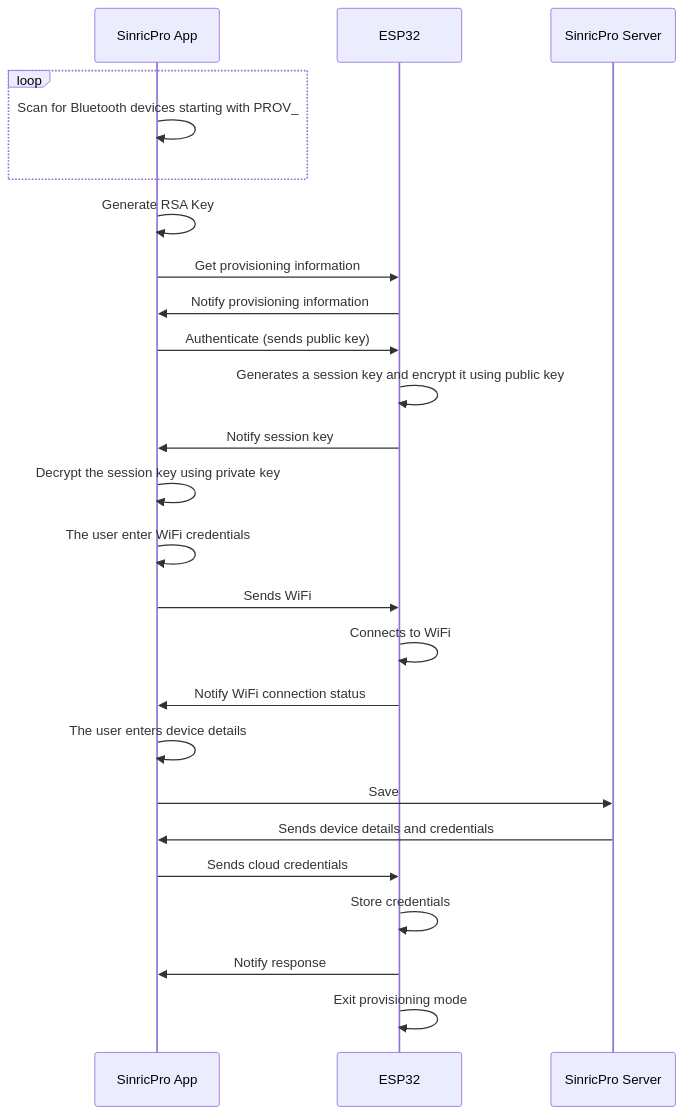
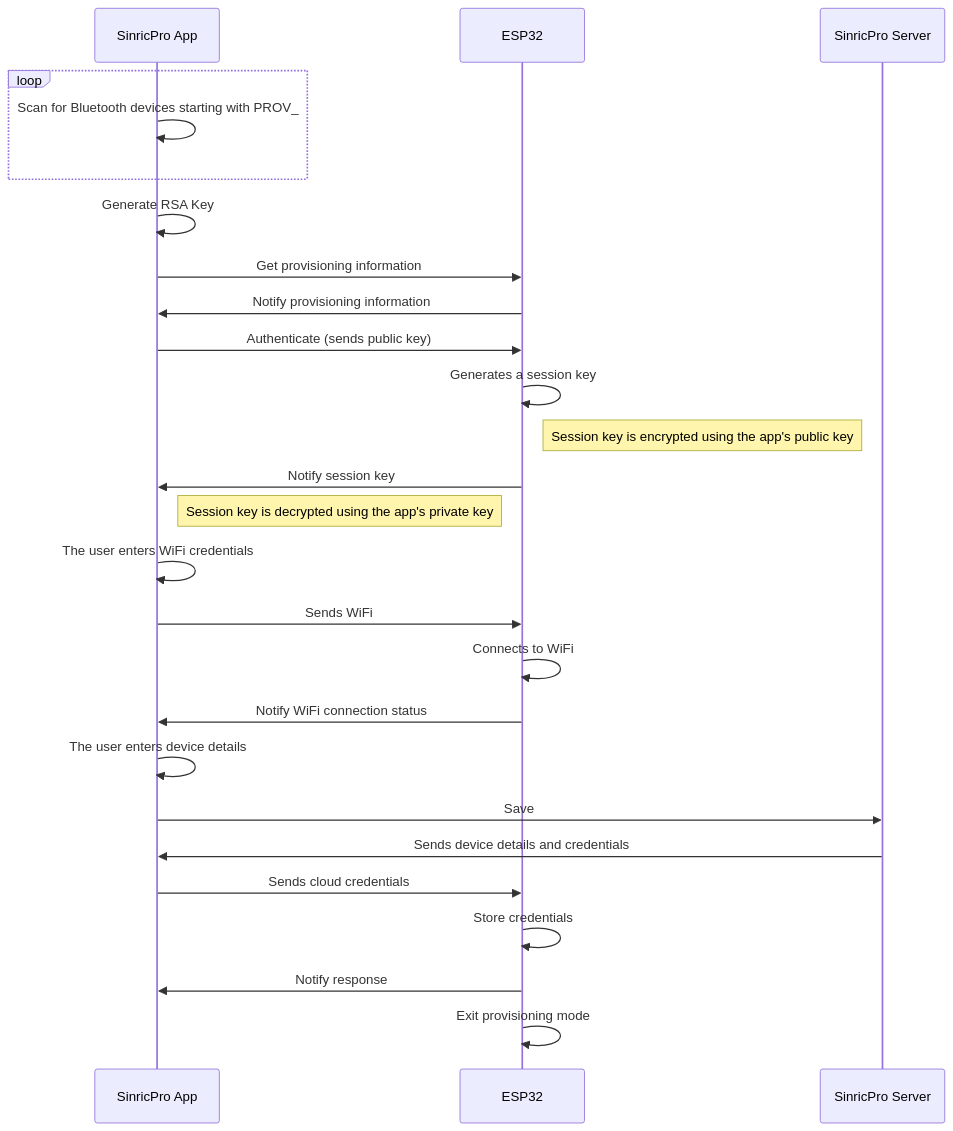
The diagram in README.md (sinricpro/esp32-business-sdk), drawn with Mermaid before and after one commit.

````diff
--- a/README.md
+++ b/README.md
@@ -3,27 +3,28 @@
 ```mermaid
 sequenceDiagram
   participant srpa as SinricPro App
   participant esp32 as ESP32
   participant srps as SinricPro Server
   loop
     srpa->>srpa: Scan for Bluetooth devices starting with PROV_
   end 
   srpa->>srpa: Generate RSA Key   
   srpa->>esp32: Get provisioning information
   esp32->>srpa: Notify provisioning information
   srpa->>esp32: Authenticate (sends public key)
-  esp32->>esp32: Generates a session key and encrypt it using public key
+  esp32->>esp32: Generates a session key
+  Note right of esp32:  Session key is encrypted using the app's public key
   esp32->>srpa: Notify session key
-  srpa->>srpa: Decrypt the session key using private key
-  srpa->>srpa: The user enter WiFi credentials
+  Note right of srpa:  Session key is decrypted using the app's private key
+  srpa->>srpa: The user enters WiFi credentials
   srpa->>esp32: Sends WiFi
   esp32->>esp32: Connects to WiFi
   esp32->>srpa: Notify WiFi connection status
   srpa->>srpa: The user enters device details
   srpa->>srps: Save 
   srps->>srpa: Sends device details and credentials
   srpa->>esp32: Sends cloud credentials
   esp32->>esp32: Store credentials
   esp32->>srpa: Notify response
   esp32->>esp32: Exit provisioning mode
 ```
````
